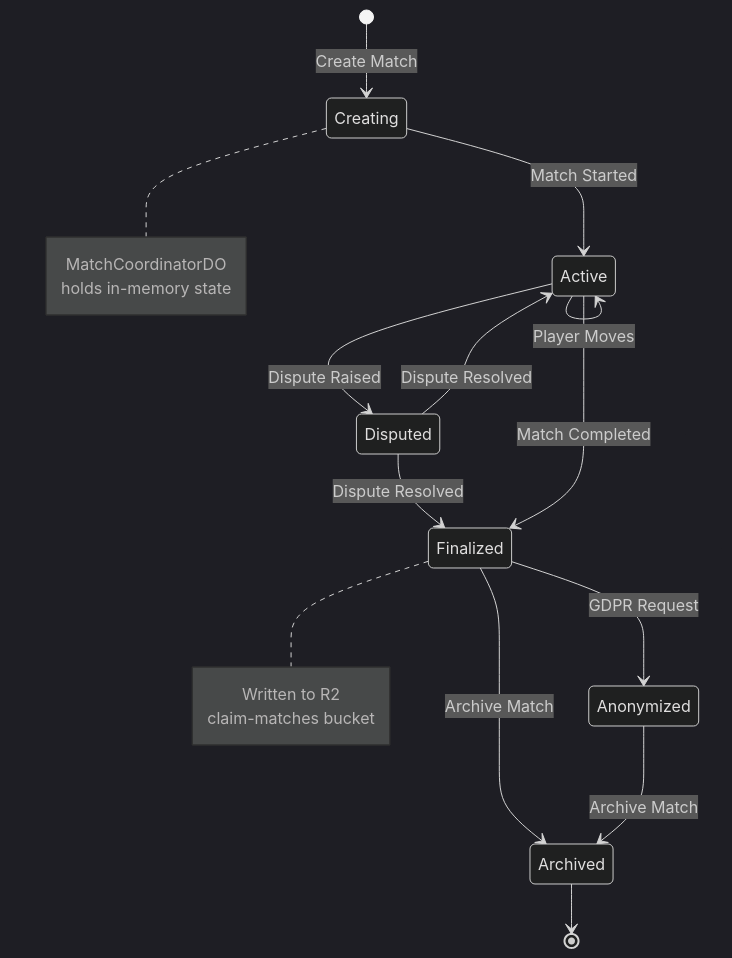
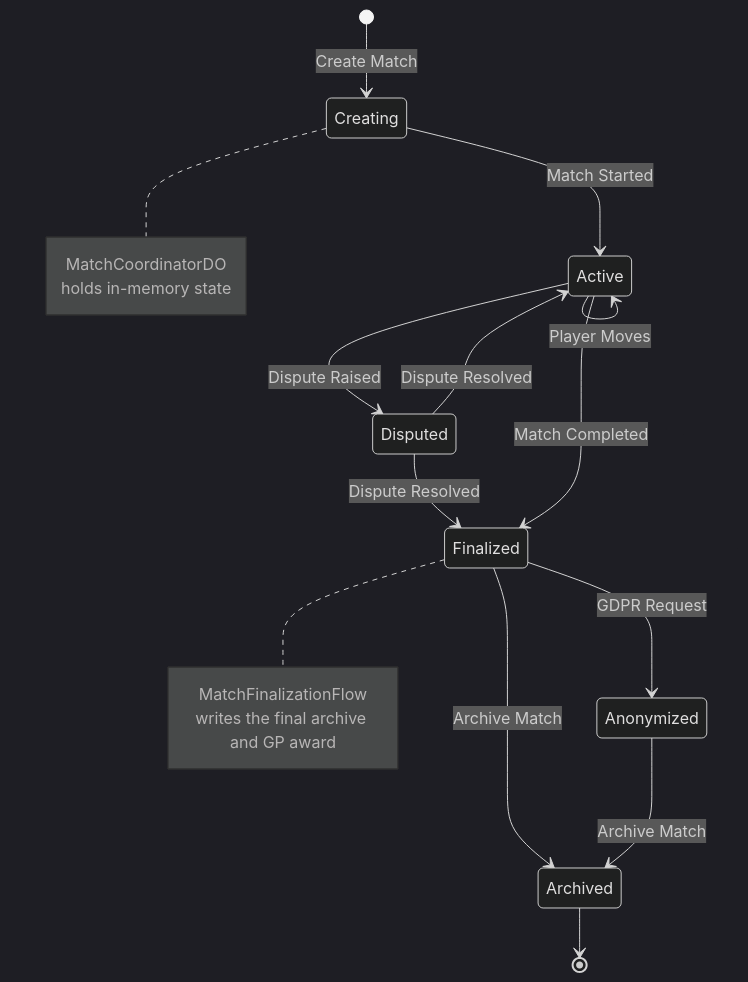
One commit to ocentra/ocentra-games changed the fourth of 18 diagrams in infra/cloudflare/docs/ARCHITECTURE.md. Above: the diagram before and after it, drawn with Mermaid (dark theme). The commit also changed other lines of this file and 35 other files, not shown here.

````diff
--- a/infra/cloudflare/docs/ARCHITECTURE.md
+++ b/infra/cloudflare/docs/ARCHITECTURE.md
@@ -172,30 +175,30 @@
 ```mermaid
 stateDiagram-v2
     [*] --> Creating: Create Match
-    
+
     Creating --> Active: Match Started
     Active --> Active: Player Moves
     Active --> Disputed: Dispute Raised
-    
+
     Disputed --> Active: Dispute Resolved
     Disputed --> Finalized: Dispute Resolved
-    
+
     Active --> Finalized: Match Completed
-    
+
     Finalized --> Archived: Archive Match
     Finalized --> Anonymized: GDPR Request
-    
+
     Anonymized --> Archived: Archive Match
-    
+
     Archived --> [*]
-    
+
     note right of Creating
         MatchCoordinatorDO
         holds in-memory state
     end note
-    
+
     note right of Finalized
-        Written to R2
-        claim-matches bucket
+        MatchFinalizationFlow
+        writes the final archive and GP award
     end note
 ```
````
